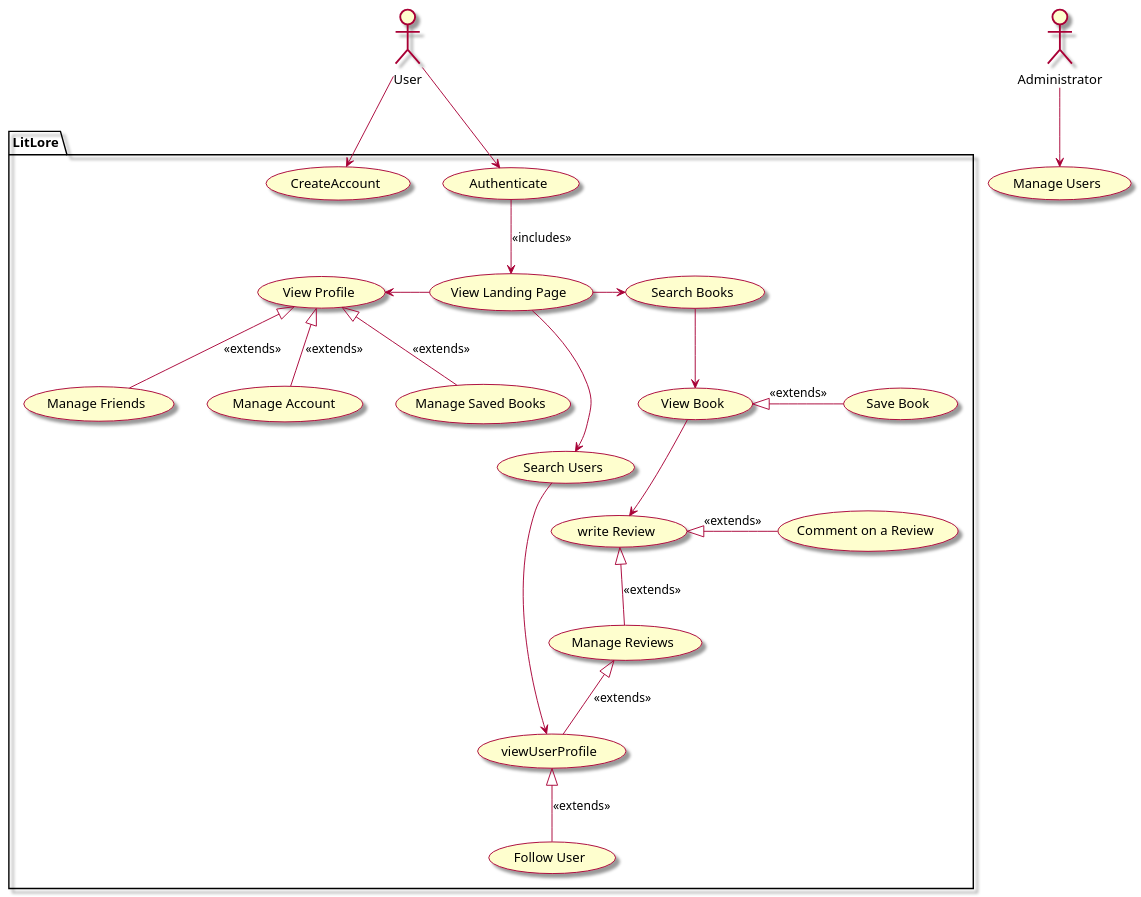
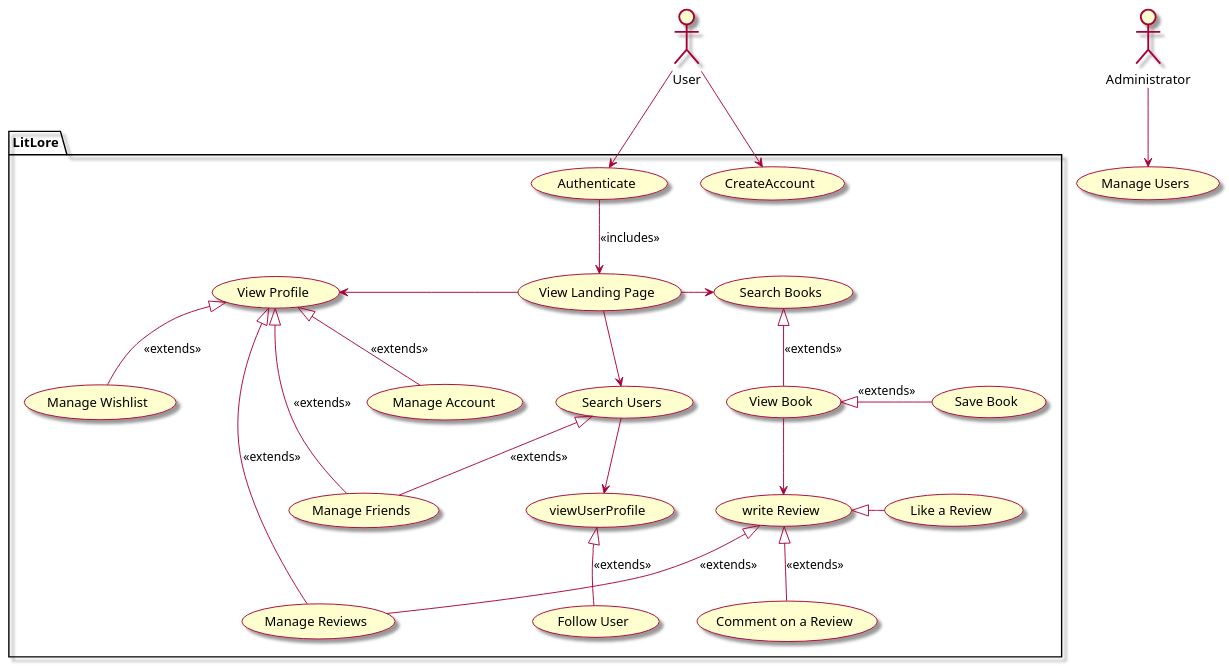
One commit to Khurshid03/team-2b changed the diagram in intellij/doc/vision.md. Above: the diagram before and after it, drawn with PlantUML. The commit also changed 4 other files, not shown here.

Commit message:
add the class diagram, and additionaluse cases

````diff
--- a/intellij/doc/vision.md
+++ b/intellij/doc/vision.md
@@ -42,55 +42,58 @@
 ```plantuml
 skin rose
 
 ' human actors
 actor "User" as user
 actor "Administrator" as admin
 
 ' system actors
 
 
 ' list all use cases in package
 usecase "Manage Users" as manageUsers
  
 package LitLore{
     usecase "CreateAccount" as createAccount
     usecase "Authenticate" as authenticate
     usecase "View Landing Page" as viewLandingPage
     usecase "View Profile" as viewProfile
     usecase "Search Users" as searchUsers
     usecase "Search Books" as searchBooks
     usecase "View Book" as viewBook
     usecase "write Review" as writeReview
     usecase "Manage Reviews" as manageReviews
     usecase "Comment on a Review" as commentOnAReview
     usecase "Save Book" as saveBook
     usecase "Manage Friends" as manageFriends
     usecase " Manage Account" as manageAccount
-    usecase "Manage Saved Books" as manageSavedBooks
+    usecase "Manage Wishlist" as manageWishlist
     usecase "viewUserProfile" as viewUserProfile
     usecase "Follow User" as followUser
+    usecase "Like a Review" as likeReview
    
 }
 
 ' list relationships between actors and use cases
 
 user --> createAccount
 user --> authenticate
 authenticate --> viewLandingPage : <<includes>>
 viewLandingPage -left-> viewProfile
 viewProfile <|-- manageAccount : <<extends>>
-viewProfile <|-- manageSavedBooks : <<extends>>
+viewProfile <|-- manageWishlist : <<extends>>
 viewProfile <|-- manageFriends : <<extends>>
 searchUsers --> viewUserProfile
 viewUserProfile <|-- followUser : <<extends>>
 viewLandingPage -right-> searchBooks
 viewLandingPage --> searchUsers
-searchBooks --> viewBook
+searchBooks <|-- viewBook : <<extends>>
 viewBook <|-right- saveBook : <<extends>>
 viewBook --> writeReview
 writeReview <|-- manageReviews : <<extends>>
-writeReview <|-right- commentOnAReview : <<extends>>
-manageReviews <|-- viewUserProfile : <<extends>>
+writeReview <|-down- commentOnAReview : <<extends>>
+manageReviews --|> viewProfile : <<extends>>
+searchUsers <|-- manageFriends : <<extends>>
+likeReview -left-|> writeReview <<extends>>
 
 admin --> manageUsers
 ```
````
